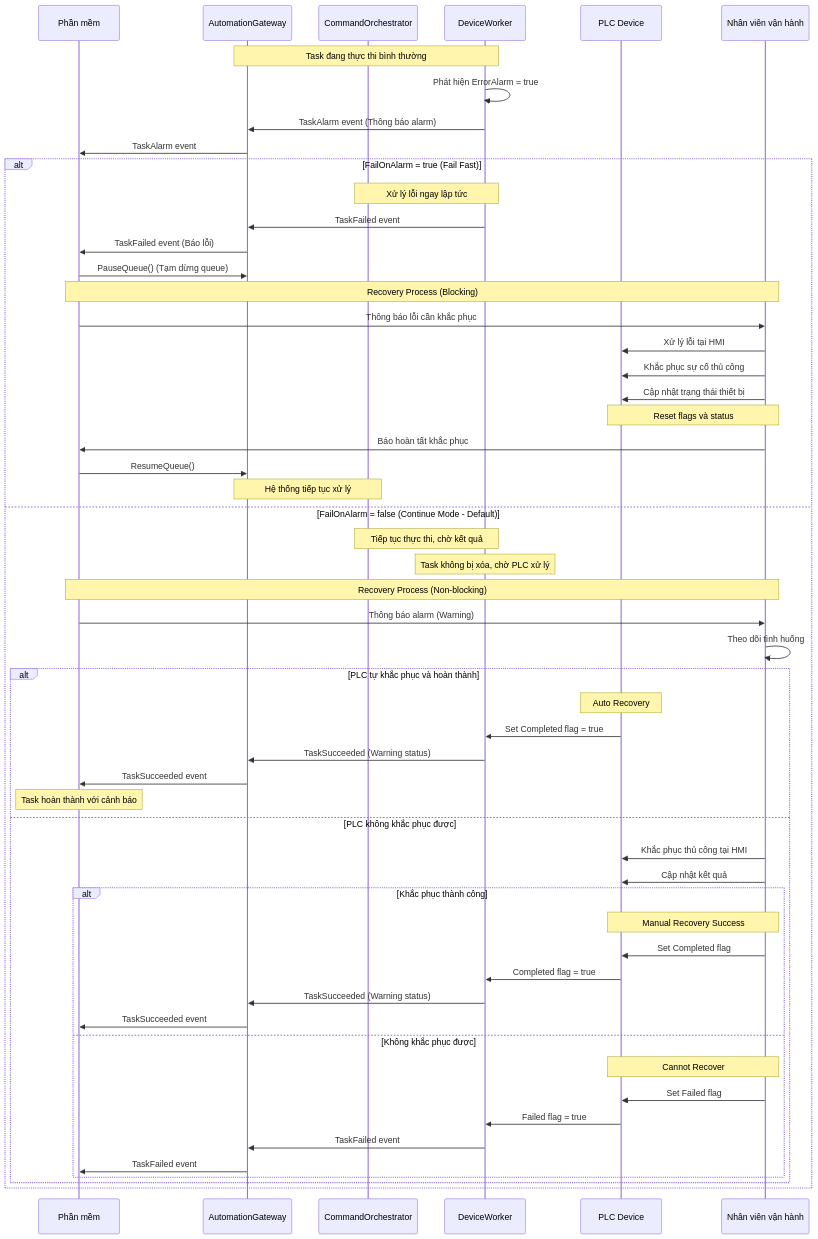
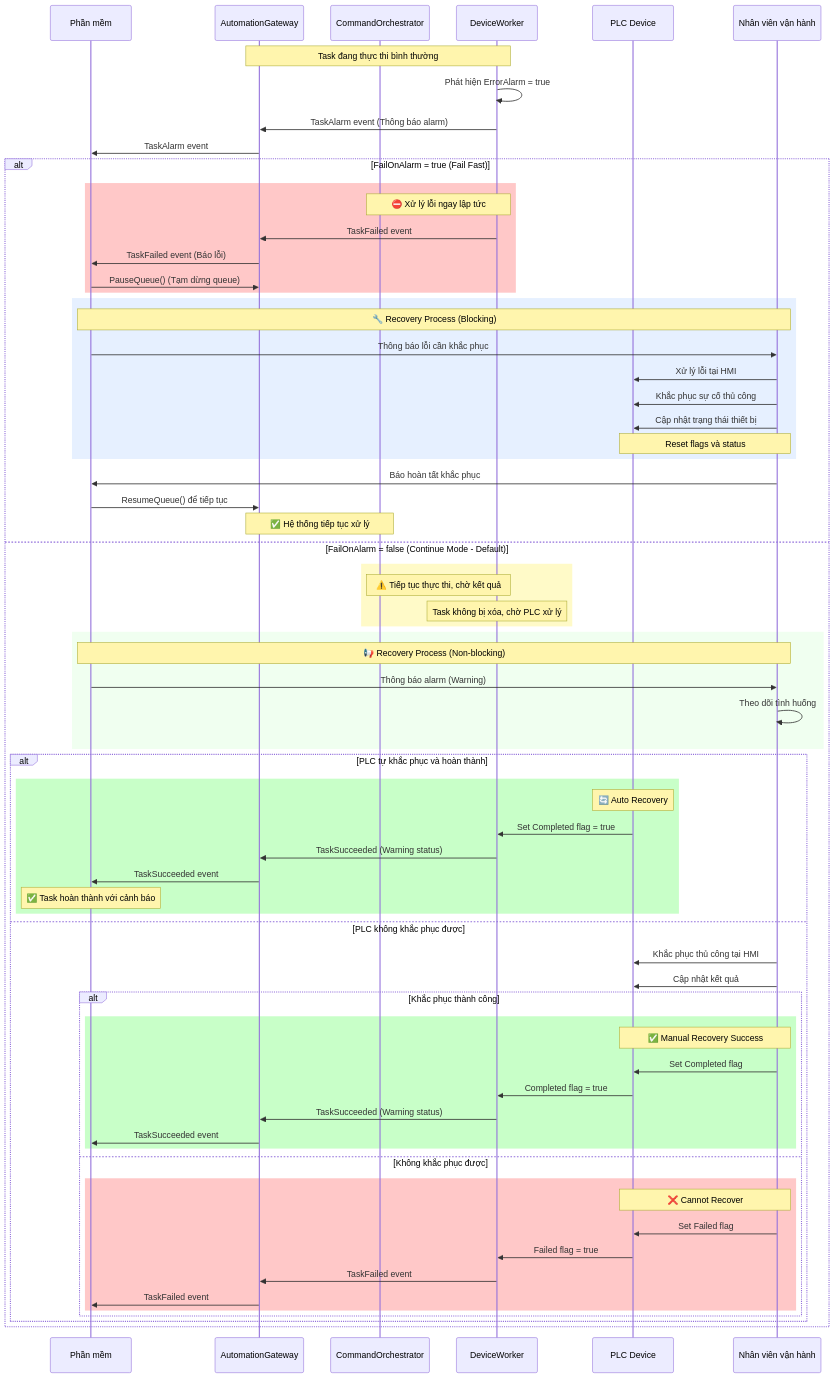
One commit to honhatphi/wcs-conncetor changed the third of 5 diagrams in docs/flows.md. Above: the diagram before and after it, drawn with Mermaid. The commit also changed 2 other files, not shown here.

Commit message:
Add comprehensive CheckPallet command documentation to CHANGELOG
- Add CheckPallet to command types in section 2.3 with detailed description
- Create new section 4.1 with complete CheckPallet documentation
- Include command type enum, usage examples, execution flow
- Document PalletAvailable/PalletUnavailable result processing
- Explain special alarm behavior (always fails, ignores FailOnAlarm)
- Add Device Capabilities and Signal Map requirements
- Provide 3 common use cases with code examples
- Add migration notes and PLC requirements
- Update section 5 (quick migration guide) with CheckPallet example
- Update section 6 (compatibility notes) with CheckPallet exception
- Add CheckPallet to Breaking Changes Summary (section 7)
- Update comparison table with CheckPallet rows

````diff
--- a/docs/flows.md
+++ b/docs/flows.md
@@ -132,69 +132,81 @@
 ```mermaid
 sequenceDiagram
     participant App as Phần mềm
     participant GW as AutomationGateway
     participant ORC as CommandOrchestrator
     participant Worker as DeviceWorker
     participant PLC as PLC Device
     participant HMI as Nhân viên vận hành
     
     Note over GW,Worker: Task đang thực thi bình thường
     
     Worker->>Worker: Phát hiện ErrorAlarm = true
     Worker->>GW: TaskAlarm event (Thông báo alarm)
     GW->>App: TaskAlarm event
     
     alt FailOnAlarm = true (Fail Fast)
-        Note over Worker,ORC: Xử lý lỗi ngay lập tức
-        Worker->>GW: TaskFailed event
-        GW->>App: TaskFailed event (Báo lỗi)
-        App->>GW: PauseQueue() (Tạm dừng queue)
-
-        Note over App,HMI: Recovery Process (Blocking)
-        App->>HMI: Thông báo lỗi cần khắc phục
-        HMI->>PLC: Xử lý lỗi tại HMI
-        HMI->>PLC: Khắc phục sự cố thủ công
-        HMI->>PLC: Cập nhật trạng thái thiết bị
-        Note over HMI,PLC: Reset flags và status
+        rect rgb(255, 200, 200)
+            Note over Worker,ORC: ⛔ Xử lý lỗi ngay lập tức
+            Worker->>GW: TaskFailed event
+            GW->>App: TaskFailed event (Báo lỗi)
+            App->>GW: PauseQueue() (Tạm dừng queue)
+        end
+        
+        rect rgb(230, 240, 255)
+            Note over App,HMI: 🔧 Recovery Process (Blocking)
+            App->>HMI: Thông báo lỗi cần khắc phục
+            HMI->>PLC: Xử lý lỗi tại HMI
+            HMI->>PLC: Khắc phục sự cố thủ công
+            HMI->>PLC: Cập nhật trạng thái thiết bị
+            Note over HMI,PLC: Reset flags và status
+        end
         
         HMI->>App: Báo hoàn tất khắc phục
-        App->>GW: ResumeQueue()
-        Note over GW,ORC: Hệ thống tiếp tục xử lý
+        App->>GW: ResumeQueue() để tiếp tục
+        Note over GW,ORC: ✅ Hệ thống tiếp tục xử lý
         
     else FailOnAlarm = false (Continue Mode - Default)
-        Note over Worker,ORC: Tiếp tục thực thi, chờ kết quả
-        Note over Worker: Task không bị xóa, chờ PLC xử lý
+        rect rgb(255, 250, 200)
+            Note over Worker,ORC: ⚠️ Tiếp tục thực thi, chờ kết quả
+            Note over Worker: Task không bị xóa, chờ PLC xử lý
+        end
         
-        Note over App,HMI: Recovery Process (Non-blocking)
-        App->>HMI: Thông báo alarm (Warning)
-        HMI->>HMI: Theo dõi tình huống
+        rect rgb(240, 255, 240)
+            Note over App,HMI: 📢 Recovery Process (Non-blocking)
+            App->>HMI: Thông báo alarm (Warning)
+            HMI->>HMI: Theo dõi tình huống
+        end
         
         alt PLC tự khắc phục và hoàn thành
-            Note over PLC: Auto Recovery
-            PLC->>Worker: Set Completed flag = true
-            Worker->>GW: TaskSucceeded (Warning status)
-            GW->>App: TaskSucceeded event
-            Note over App: Task hoàn thành với cảnh báo
+            rect rgb(200, 255, 200)
+                Note over PLC: 🔄 Auto Recovery
+                PLC->>Worker: Set Completed flag = true
+                Worker->>GW: TaskSucceeded (Warning status)
+                GW->>App: TaskSucceeded event
+                Note over App: ✅ Task hoàn thành với cảnh báo
+            end
             
         else PLC không khắc phục được
             HMI->>PLC: Khắc phục thủ công tại HMI
             HMI->>PLC: Cập nhật kết quả
             
             alt Khắc phục thành công
-                Note over HMI,PLC: Manual Recovery Success
-                HMI->>PLC: Set Completed flag
-                PLC->>Worker: Completed flag = true
-                Worker->>GW: TaskSucceeded (Warning status)
-                GW->>App: TaskSucceeded event
-                
+                rect rgb(200, 255, 200)
+                    Note over HMI,PLC: ✅ Manual Recovery Success
+                    HMI->>PLC: Set Completed flag
+                    PLC->>Worker: Completed flag = true
+                    Worker->>GW: TaskSucceeded (Warning status)
+                    GW->>App: TaskSucceeded event
+                end
             else Không khắc phục được
-                Note over HMI,PLC: Cannot Recover
-                HMI->>PLC: Set Failed flag
-                PLC->>Worker: Failed flag = true
-                Worker->>GW: TaskFailed event
-                GW->>App: TaskFailed event
+                rect rgb(255, 200, 200)
+                    Note over HMI,PLC: ❌ Cannot Recover
+                    HMI->>PLC: Set Failed flag
+                    PLC->>Worker: Failed flag = true
+                    Worker->>GW: TaskFailed event
+                    GW->>App: TaskFailed event
+                end
             end
         end
     end
-
 ```
````
